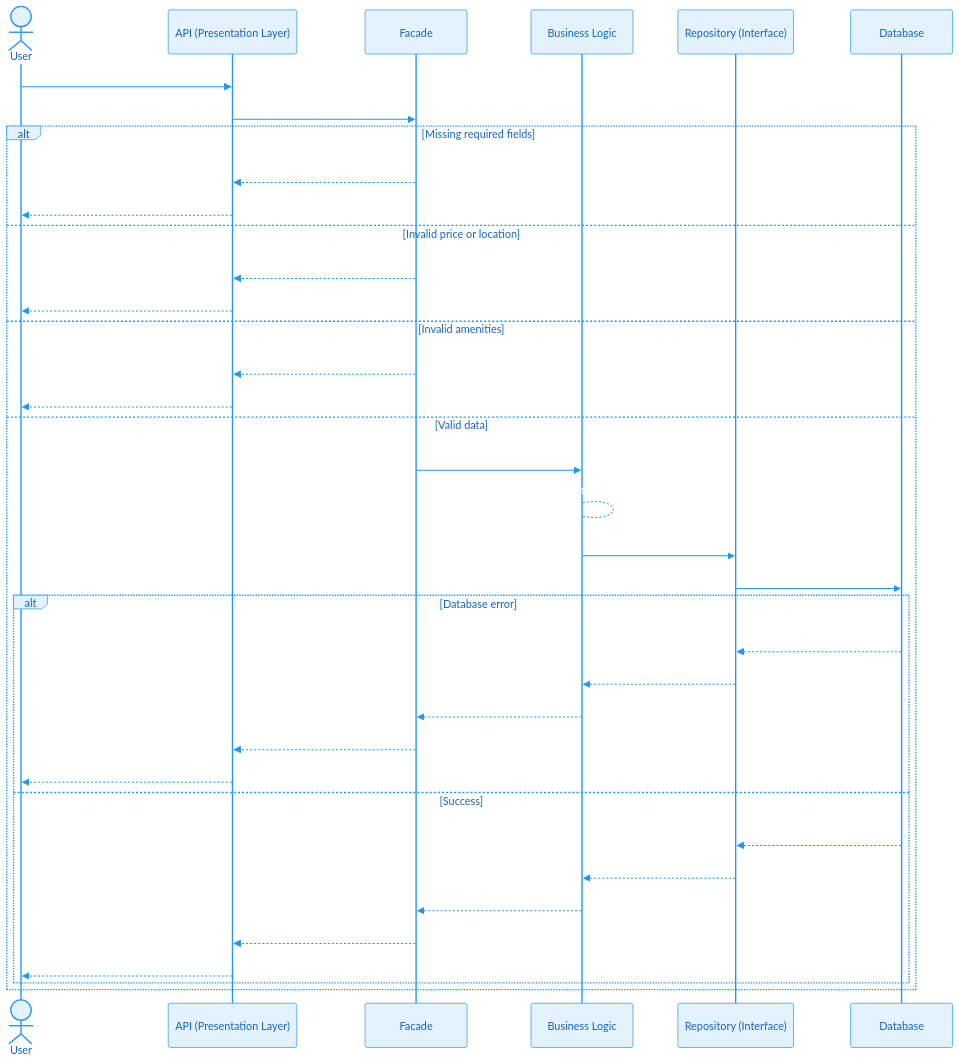
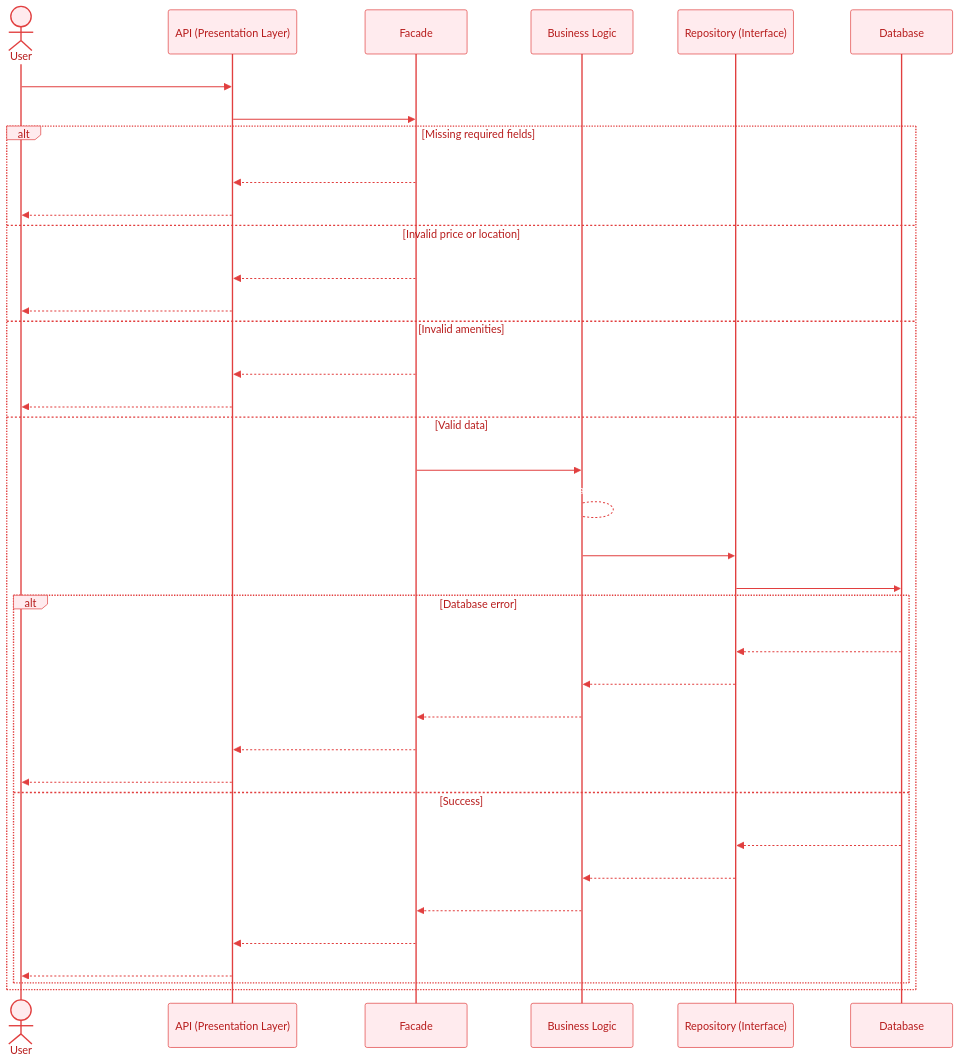
One commit to ValentinDLC/HolbertonSchool-Hbnb changed the second of 4 diagrams in Part1/API_Calls_diagrams.md. Above: the diagram before and after it, drawn with Mermaid. The commit also changed other lines of this file and 2 other files, not shown here.

Commit message:
Style: apply Holberton red theme across all UML diagrams

````diff
--- a/Part1/API_Calls_diagrams.md
+++ b/Part1/API_Calls_diagrams.md
@@ -65,56 +65,56 @@
 ```mermaid
 %%{init: {'theme':'base', 'themeVariables': {
-  'actorBkg':'#E3F2FD',
-  'actorBorder':'#2196F3',
-  'primaryColor':'#E3F2FD',
-  'primaryBorderColor':'#2196F3',
-  'primaryTextColor':'#1565C0',
-  'signalColor':'#2196F3',
+  'actorBkg':'#FFEBEE',
+  'actorBorder':'#E13F3F',
+  'primaryColor':'#FFEBEE',
+  'primaryBorderColor':'#E13F3F',
+  'primaryTextColor':'#B71C1C',
+  'signalColor':'#E13F3F',
   'signalTextColor':'#FFFFFF',
-  'labelTextColor':'#1565C0'
+  'labelTextColor':'#B71C1C'
 }}}%%
 sequenceDiagram
     %% Layers:
     %% Presentation: User, API
     %% Business Logic: Facade, PlaceLogic, Repository
     %% Persistence: Database
 
     actor User
     participant API as API (Presentation Layer)
     participant Facade as Facade
     participant PlaceLogic as Business Logic
     participant Repository as Repository (Interface)
     participant Database as Database
 
     User ->> API: POST /places with place data
     API ->> Facade: create_place(data)
 
     alt Missing required fields
         Facade -->> API: 400 - Missing required fields
         API -->> User: Fill all required fields
     else Invalid price or location
         Facade -->> API: 400 - Invalid price/location
         API -->> User: Check your data
     else Invalid amenities
         Facade -->> API: 400 - Invalid amenities
         API -->> User: Provide valid amenities
     else Valid data
         Facade ->> PlaceLogic: validate and build place
         PlaceLogic --> PlaceLogic: Place(place_data)
         PlaceLogic ->> Repository: save(place_object)
         Repository ->> Database: INSERT place
         alt Database error
             Database -->> Repository: 500 Internal Server Error
             Repository -->> PlaceLogic: Persistence failed
             PlaceLogic -->> Facade: 500 Internal Server Error
             Facade -->> API: 500 Internal Server Error
             API -->> User: An error occurred, please try again
         else Success
             Database -->> Repository: OK + place_id
             Repository -->> PlaceLogic: Place saved + place_id
             PlaceLogic -->> Facade: Return place object
             Facade -->> API: 201 Created + place info
             API -->> User: Place successfully created
         end
     end
 ```
````
